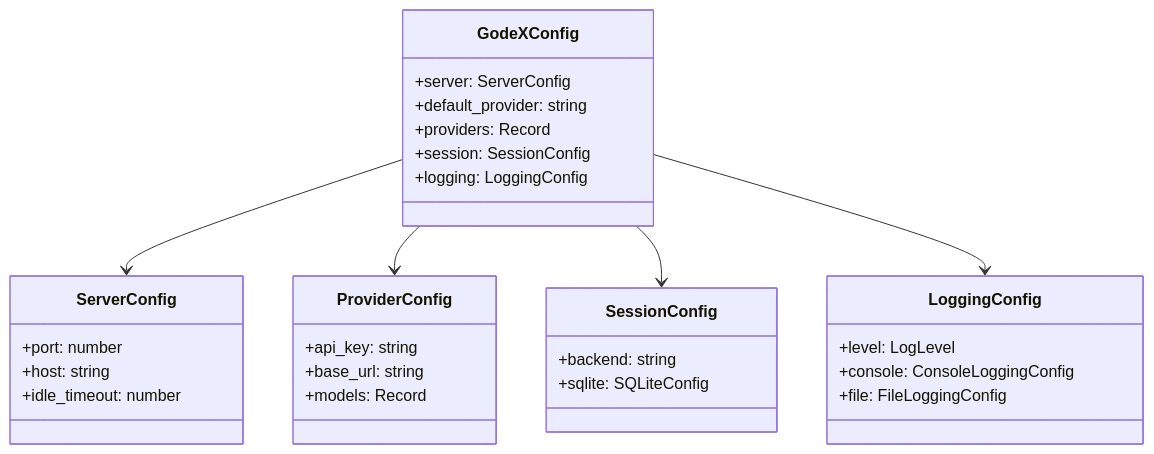
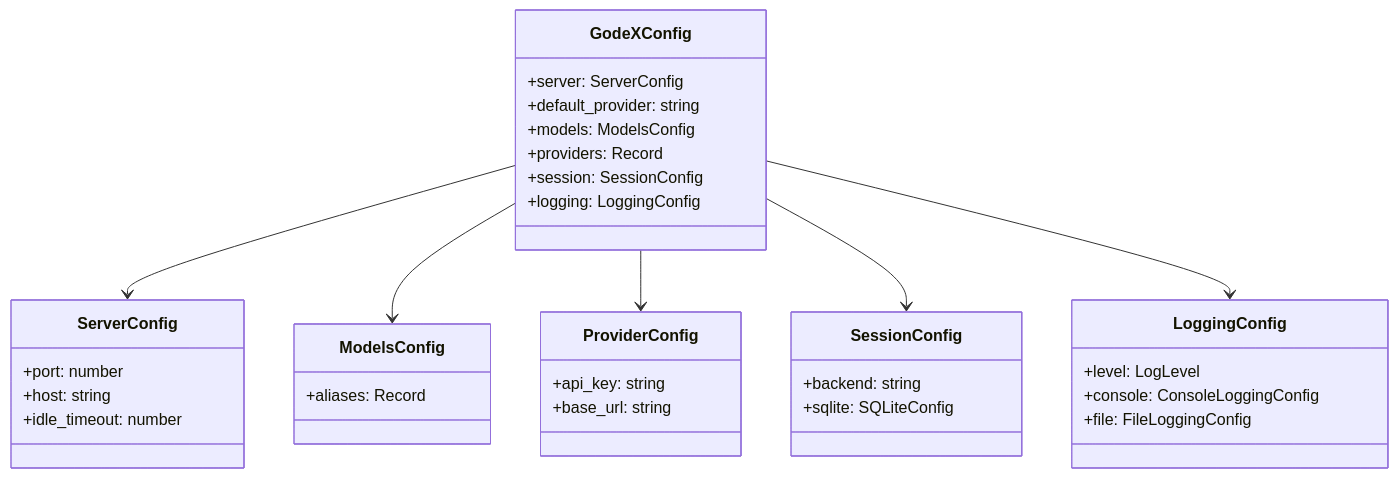
Before and after one commit to zamelee/GodeX: the diagram in wiki/zh/07-configuration/config-schema.md, drawn with Mermaid. The commit also changed other lines of this file and 8 other files, not shown here.

First line of the commit message:
doc: update docs for new models.aliases config format

````diff
--- a/wiki/zh/07-configuration/config-schema.md
+++ b/wiki/zh/07-configuration/config-schema.md
@@ -50,40 +52,45 @@
 ```mermaid
 classDiagram
   direction TB
 
   class GodeXConfig {
     +server: ServerConfig
     +default_provider: string
+    +models: ModelsConfig
     +providers: Record
     +session: SessionConfig
     +logging: LoggingConfig
   }
 
   class ServerConfig {
     +port: number
     +host: string
     +idle_timeout: number
   }
 
   class ProviderConfig {
     +api_key: string
     +base_url: string
-    +models: Record
+  }
+
+  class ModelsConfig {
+    +aliases: Record
   }
 
   class SessionConfig {
     +backend: string
     +sqlite: SQLiteConfig
   }
 
   class LoggingConfig {
     +level: LogLevel
     +console: ConsoleLoggingConfig
     +file: FileLoggingConfig
   }
 
   GodeXConfig --> ServerConfig
+  GodeXConfig --> ModelsConfig
   GodeXConfig --> ProviderConfig
   GodeXConfig --> SessionConfig
   GodeXConfig --> LoggingConfig
 ```
````
